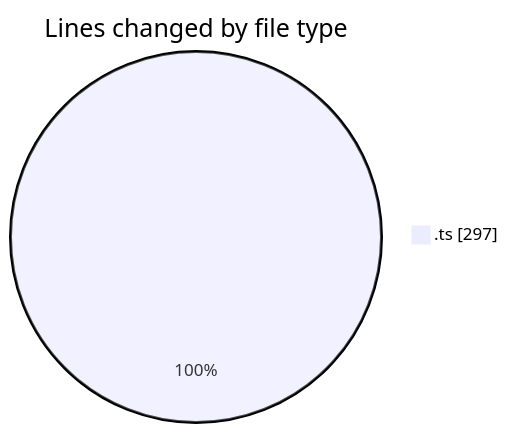
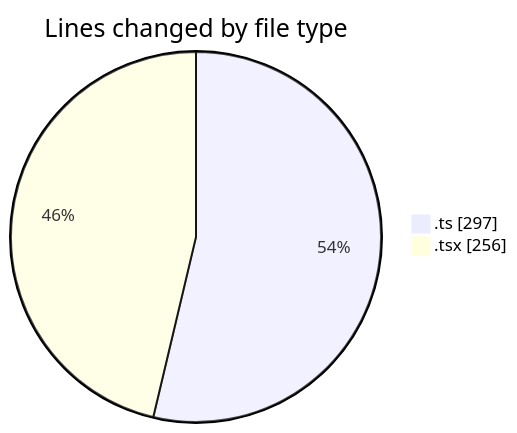
Before and after one commit to julien-gomy/code-tracking: the first of 2 diagrams in 2025-10-23/eventscop-frontend-guide__workspace_/README.md, drawn with Mermaid. The commit also changed other lines of this file and 1 other file, not shown here.

````diff
--- a/2025-10-23/eventscop-frontend-guide__workspace_/README.md
+++ b/2025-10-23/eventscop-frontend-guide__workspace_/README.md
@@ -20,5 +21,6 @@
 ```mermaid
 pie showData
 title Lines changed by file type
 ".ts" : 297
+".tsx" : 256
 ```
````
